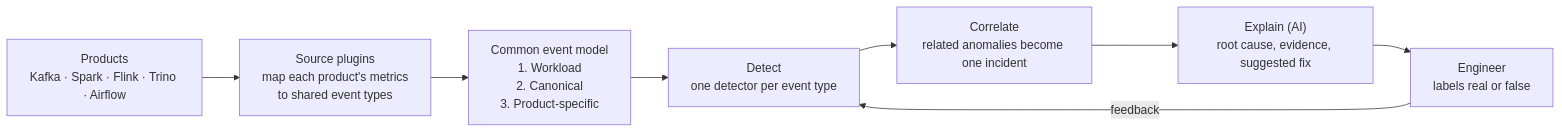
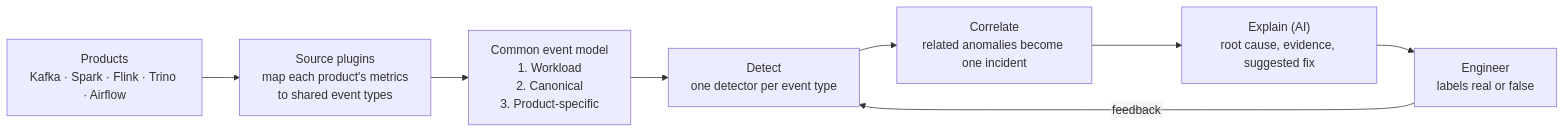
One commit to pgopalabhatla/sentinel-lens changed the first of 3 diagrams in README.md. Above: the diagram before and after it, drawn with Mermaid. The commit also changed other lines of this file, not shown here.

Commit message:
README: fix clipped diagram labels

````diff
--- a/README.md
+++ b/README.md
@@ -65,10 +65,11 @@
 ```mermaid
+%%{init: {"flowchart": {"htmlLabels": false}, "themeVariables": {"fontFamily": "sans-serif"}}}%%
 flowchart LR
     P["Products<br/>Kafka · Spark · Flink · Trino · Airflow"] --> M["Source plugins<br/>map each product's metrics<br/>to shared event types"]
     M --> E["Common event model<br/>1. Workload<br/>2. Canonical<br/>3. Product-specific"]
     E --> D["Detect<br/>one detector per event type"]
     D --> C["Correlate<br/>related anomalies become one incident"]
     C --> X["Explain (AI)<br/>root cause, evidence, suggested fix"]
     X --> H["Engineer<br/>labels real or false"]
     H -- feedback --> D
 ```
````
